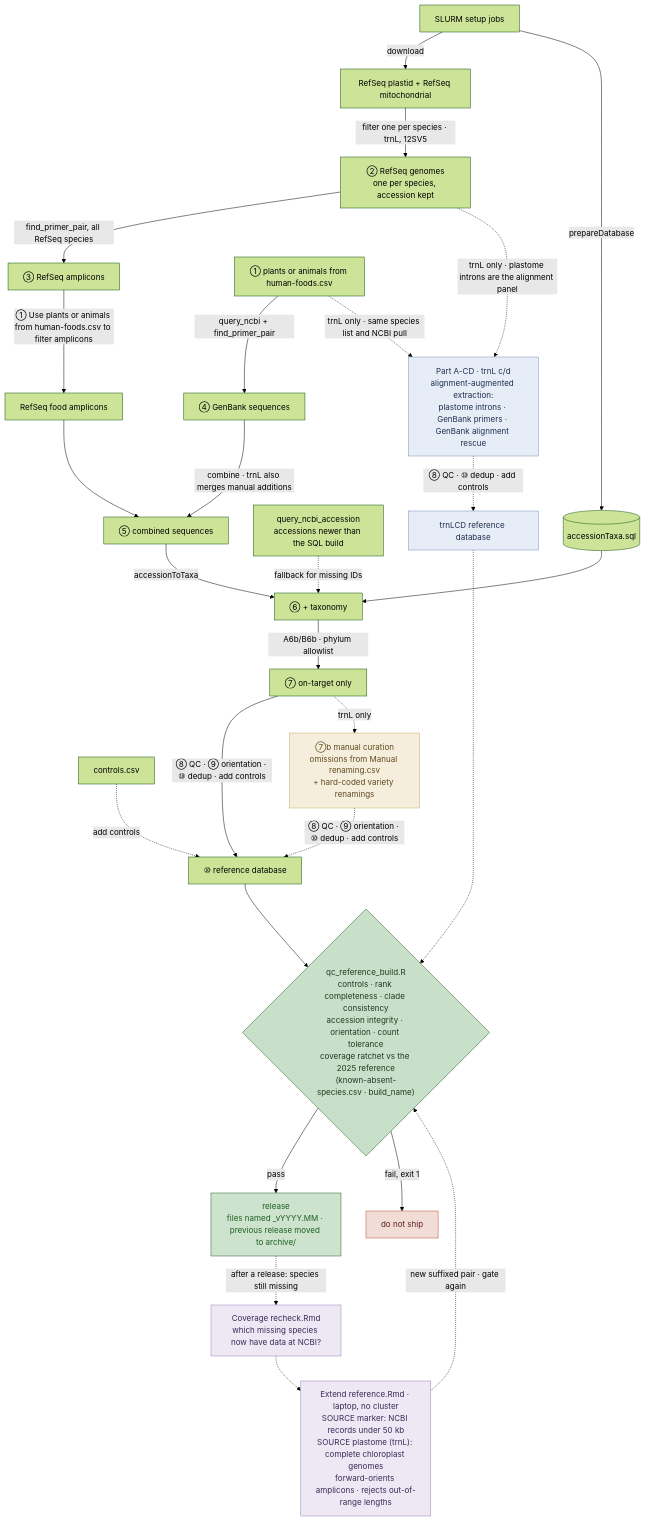
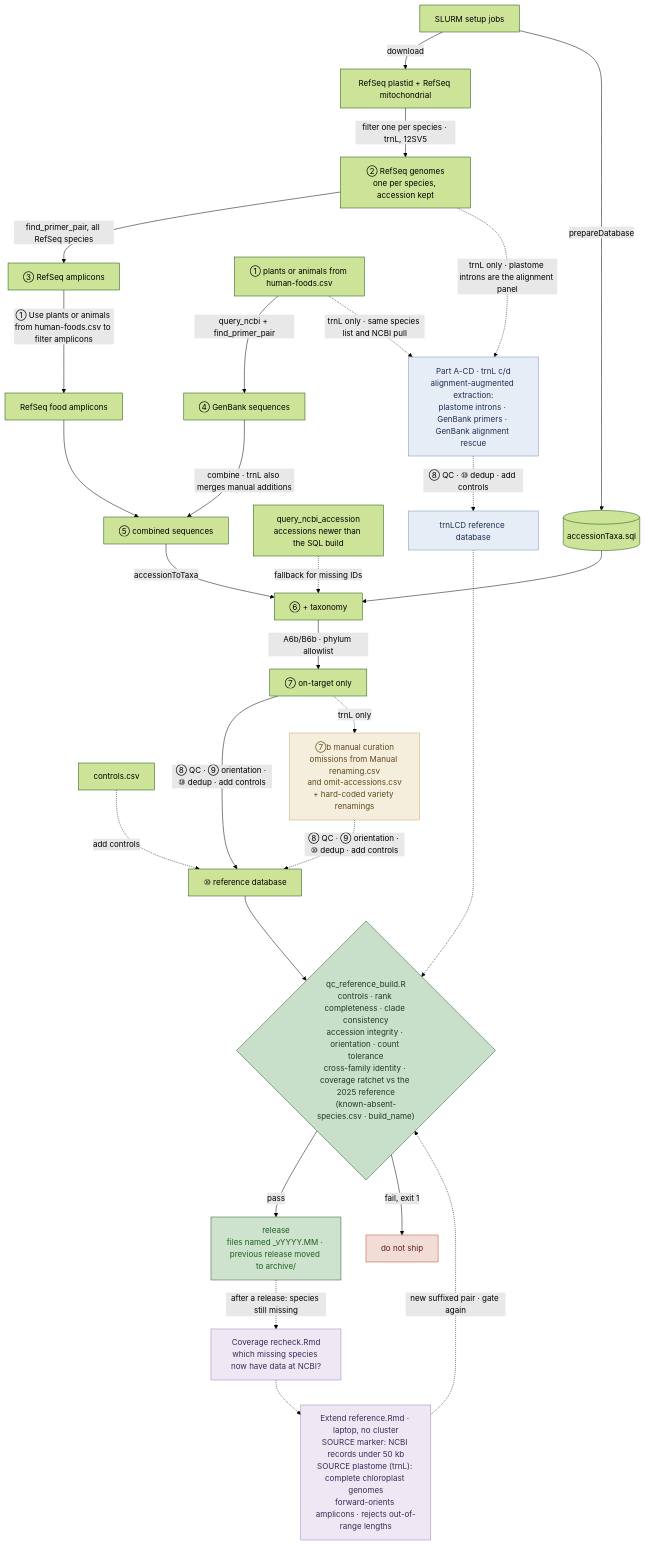
The diagram in README.md (LAD-LAB/food-dbs), drawn with Mermaid (forest theme) before and after one commit. The commit also changed other lines of this file and 3 other files, not shown here.

First line of the commit message:
Update README, flowchart, changes summary and missing-plants list for 2026.11

````diff
--- a/README.md
+++ b/README.md
@@ -113,54 +114,54 @@
 ``` mermaid
 flowchart TD
 
     CTL["controls.csv"]
     SETUP["SLURM setup jobs"]
     REFSEQ_DL["RefSeq plastid + RefSeq mitochondrial"]
     SQL[("accessionTaxa.sql")]
     NCBI_FB["query_ncbi_accession<br/>accessions newer than the SQL build"]
 
     SETUP -->|download| REFSEQ_DL
     SETUP -->|prepareDatabase| SQL
 
     REFSEQ_DL -->|filter one per species · trnL, 12SV5| GENOME_SP["② RefSeq genomes<br/>one per species, accession kept"]
 
     GENOME_SP -->|find_primer_pair, all RefSeq species| REFSEQ["③ RefSeq amplicons"]
     NCBI_SPECIES["① plants or animals from human-foods.csv"] -->|query_ncbi + find_primer_pair| NCBI["④ GenBank sequences"]
 
     REFSEQ -->|"① Use plants or animals from human-foods.csv to filter amplicons"| REFSEQ_FOOD["RefSeq food amplicons"]
 
     REFSEQ_FOOD --> COMB["⑤ combined sequences"]
     NCBI -->|combine · trnL also merges manual additions| COMB
     COMB -->|accessionToTaxa| TAX["⑥ + taxonomy"]
     SQL --> TAX
     NCBI_FB -.->|fallback for missing IDs| TAX
     TAX -->|A6b/B6b · phylum allowlist| CLEAN["⑦ on-target only"]
 
     CLEAN -->|⑧ QC · ⑨ orientation · ⑩ dedup · add controls| OUT["⑩ reference database"]
-    CLEAN -.->|trnL only| CUR["⑦b manual curation<br/>omissions from Manual renaming.csv<br/>+ hard-coded variety renamings"]
+    CLEAN -.->|trnL only| CUR["⑦b manual curation<br/>omissions from Manual renaming.csv<br/>and omit-accessions.csv<br/>+ hard-coded variety renamings"]
     CUR -.->|⑧ QC · ⑨ orientation · ⑩ dedup · add controls| OUT
     CTL -.->|add controls| OUT
 
-    QC{"qc_reference_build.R<br/>controls · rank completeness · clade consistency<br/>accession integrity · orientation · count tolerance<br/>coverage ratchet vs the 2025 reference<br/>(known-absent-species.csv · build_name)"}
+    QC{"qc_reference_build.R<br/>controls · rank completeness · clade consistency<br/>accession integrity · orientation · count tolerance<br/>cross-family identity · coverage ratchet vs the 2025 reference<br/>(known-absent-species.csv · build_name)"}
     OUT --> QC
     QC -->|pass| SHIP["release<br/>files named _vYYYY.MM · previous release moved to archive/"]
     QC -->|fail, exit 1| BLOCK["do not ship"]
 
     NCBI_SPECIES -.->|trnL only · same species list and NCBI pull| CD["Part A-CD · trnL c/d<br/>alignment-augmented extraction:<br/>plastome introns · GenBank primers · GenBank alignment rescue"]
     GENOME_SP -.->|trnL only · plastome introns are the alignment panel| CD
     CD -.->|⑧ QC · ⑩ dedup · add controls| OUTCD["trnLCD reference database"]
     OUTCD -.-> QC
 
     SHIP -.->|after a release: species still missing| RECHECK["Coverage recheck.Rmd<br/>which missing species now have data at NCBI?"]
     RECHECK -.-> EXT["Extend reference.Rmd · laptop, no cluster<br/>SOURCE marker: NCBI records under 50 kb<br/>SOURCE plastome (trnL): complete chloroplast genomes<br/>forward-orients amplicons · rejects out-of-range lengths"]
     EXT -.->|new suffixed pair · gate again| QC
 
     style CUR fill:#F5EEDC,stroke:#C9A96E,color:#5F4A1E
     style QC fill:#C8E0C9,stroke:#2C5F2D,color:#1E3A1F
     style BLOCK fill:#F2DCD6,stroke:#BC5138,color:#5F1E1E
     style SHIP fill:#CDE3CE,stroke:#2C5F2D,color:#1E5F1E
     style CD fill:#E6EDF7,stroke:#7A93BC,color:#1E2F4F
     style OUTCD fill:#E6EDF7,stroke:#7A93BC,color:#1E2F4F
     style RECHECK fill:#EEE8F5,stroke:#9A82B8,color:#3A2A55
     style EXT fill:#EEE8F5,stroke:#9A82B8,color:#3A2A55
 ```
````
